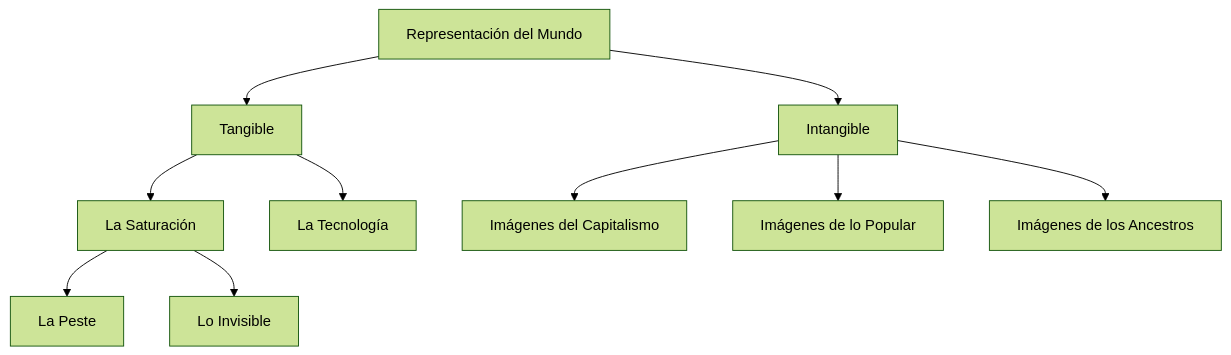
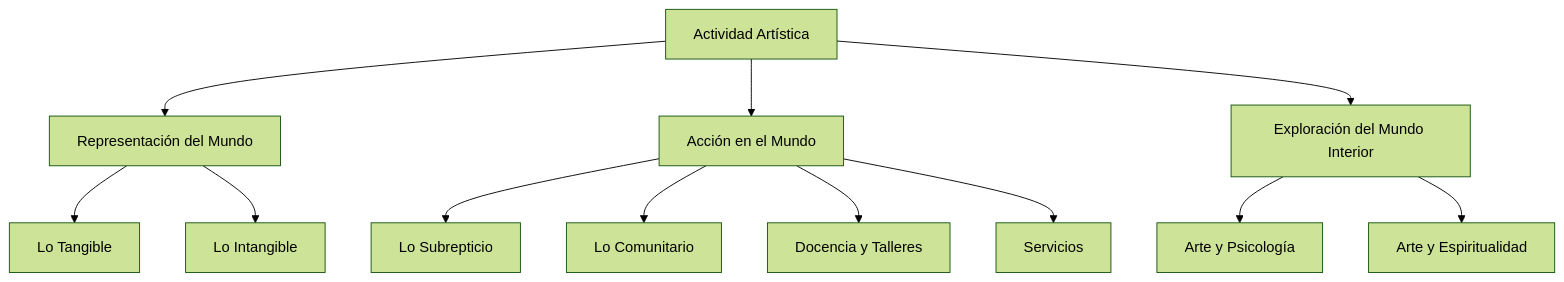
Before and after one commit to EGGS-Artesvisuales/EGGS-Artesvisuales.github.io: the diagram in ES/mundo-exterior.md, drawn with Mermaid (forest theme).

```diff
--- a/ES/mundo-exterior.md
+++ b/ES/mundo-exterior.md
@@ -31,29 +31,39 @@
 <div class="mermaid">
 graph TD
+    principal[Actividad Artística]
+    representacion[Representación del Mundo]
+    accion[Acción en el Mundo]
+    interior[Exploración del Mundo Interior]
 
-%% Nodo principal
-RM[Representación del Mundo]
+    principal --> representacion
+    principal --> accion
+    principal --> interior
 
-%% Subdivisiones principales
-RM --> RT[Tangible]
-RM --> RI[Intangible]
+    representacion --> tangible[Lo Tangible]
+    representacion --> intangible[Lo Intangible]
 
-%% Tangible
-RT --> RTS[La Saturación]
-RTS --> RTSP[La Peste]
-RTS --> RTSI[Lo Invisible]
-RT --> RTT[La Tecnología]
+    accion --> subrepticio[Lo Subrepticio]
+    accion --> comunitario[Lo Comunitario]
+    accion --> docencia[Docencia y Talleres]
+    accion --> servicios[Servicios]
 
-%% Intangible
-RI --> RIC[Imágenes del Capitalismo]
-RI --> RIP[Imágenes de lo Popular]
-RI --> RIA[Imágenes de los Ancestros]
+    interior --> psicologia[Arte y Psicología]
+    interior --> espiritualidad[Arte y Espiritualidad]
 
-%% Click commands para enlaces
-click RTS "/ES/saturacion.html" "Ir a La Saturación"
-click RTT "/ES/tecnologia.html" "Ir a La Tecnología"
-click RIC "/ES/capitalismo.html" "Ir a Imágenes del Capitalismo"
-click RIP "/ES/popular.html" "Ir a Imágenes de lo Popular"
-click RIA "/ES/ancestros.html" "Ir a Imágenes de los Ancestros"
+    click principal "/ES/index.html" "Ir al Inicio"
+    click representacion "/ES/mundo-exterior.html" "Ir a Representación del Mundo"
+    click tangible "/ES/tangible.html" "Ir a Lo Tangible"
+    click intangible "/ES/intangible.html" "Ir a Lo Intangible"
+
+    click accion "/ES/accion.html" "Ir a Acción en el Mundo"
+    click subrepticio "/ES/subrepticio.html" "Ir a Lo Subrepticio"
+    click comunitario "/ES/comunitario.html" "Ir a Lo Comunitario"
+    click docencia "/ES/docencia.html" "Ir a Docencia y Talleres"
+    click servicios "/ES/servicios.html" "Ir a Servicios"
+
+    click interior "/ES/interior.html" "Ir a Exploración del Mundo Interior"
+    click psicologia "/ES/arte-y-psicologia.html" "Ir a Arte y Psicología"
+    click espiritualidad "/ES/arte-y-espiritualidad.html" "Ir a Arte y Espiritualidad"
+
 
 </div>
```
